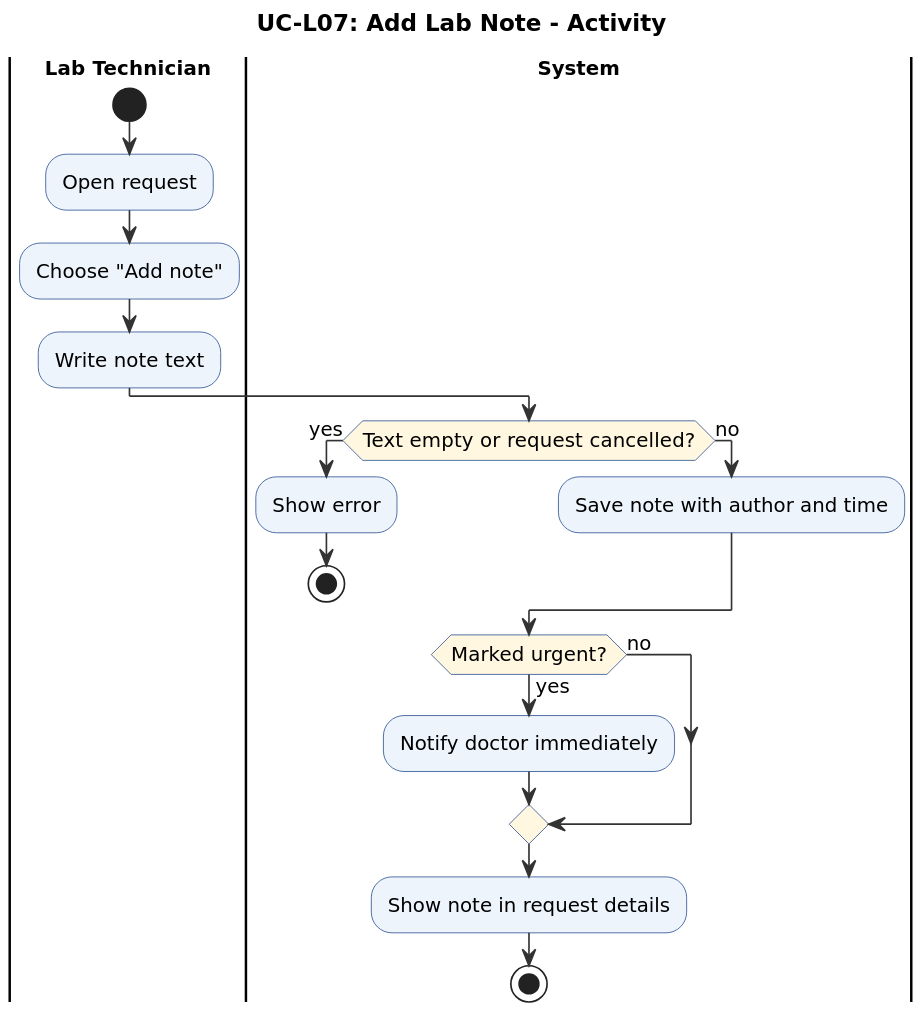
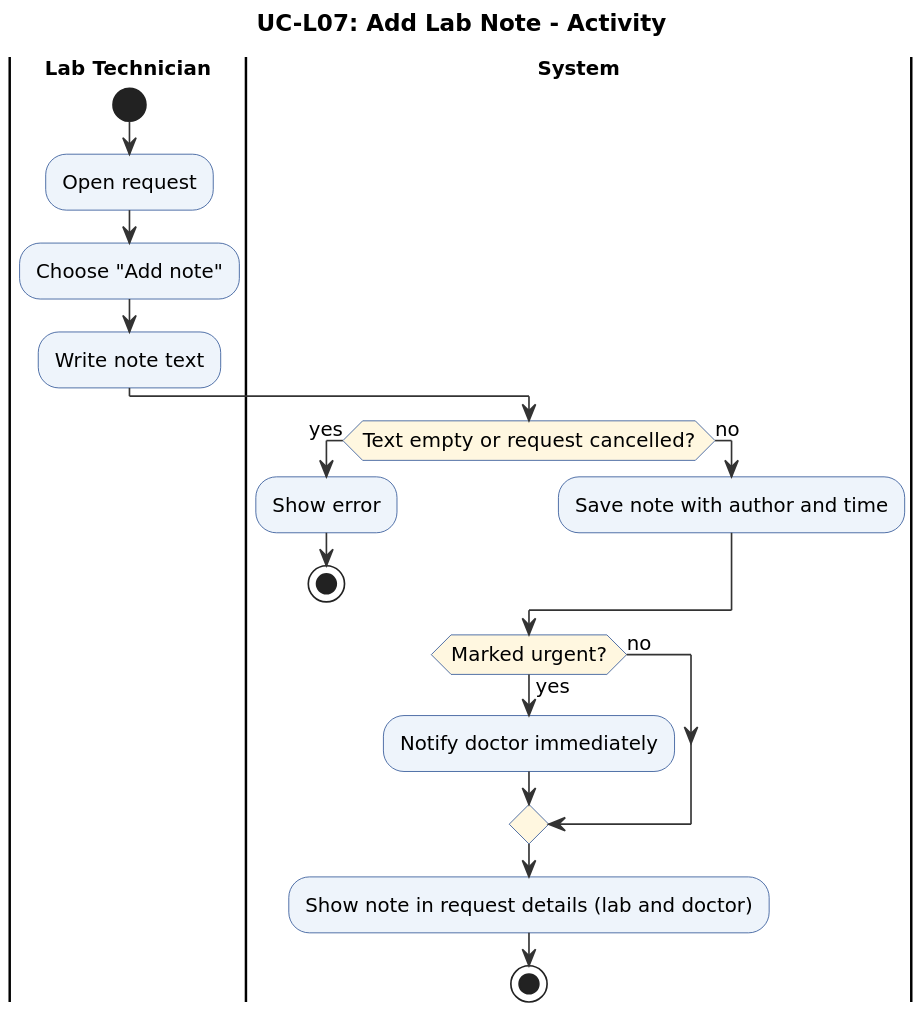
Before and after one commit to aymansl/HCMS: the diagram in docs/diagrams/UC-L07_act.puml, drawn with PlantUML. The commit also changed 20 other files, not shown here.

```diff
--- a/docs/diagrams/UC-L07_act.puml
+++ b/docs/diagrams/UC-L07_act.puml
@@ -1,38 +1,38 @@
 @startuml
 skinparam dpi 170
 skinparam shadowing false
 skinparam defaultFontName DejaVu Sans
 skinparam defaultFontSize 12
 skinparam ArrowColor #333333
 skinparam ActivityBackgroundColor #EEF4FB
 skinparam ActivityBorderColor #2F5597
 skinparam ActivityDiamondBackgroundColor #FFF7E0
 skinparam SwimlaneTitleFontStyle bold
 skinparam ParticipantBackgroundColor #EEF4FB
 skinparam ParticipantBorderColor #2F5597
 skinparam SequenceLifeLineBorderColor #888888
 skinparam UsecaseBackgroundColor #EEF4FB
 skinparam UsecaseBorderColor #2F5597
 skinparam ActorBorderColor #2F5597
 skinparam DatabaseBackgroundColor #EEF4FB
 skinparam SequenceGroupHeaderFontStyle bold
 title UC-L07: Add Lab Note - Activity
 |Lab Technician|
 start
 :Open request;
 :Choose "Add note";
 :Write note text;
 |System|
 if (Text empty or request cancelled?) then (yes)
   :Show error;
   stop
 else (no)
   :Save note with author and time;
 endif
 if (Marked urgent?) then (yes)
   :Notify doctor immediately;
 else (no)
 endif
-:Show note in request details;
+:Show note in request details (lab and doctor);
 stop
 @enduml
```
